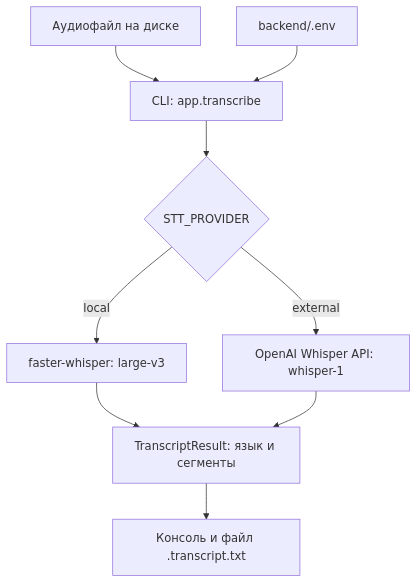
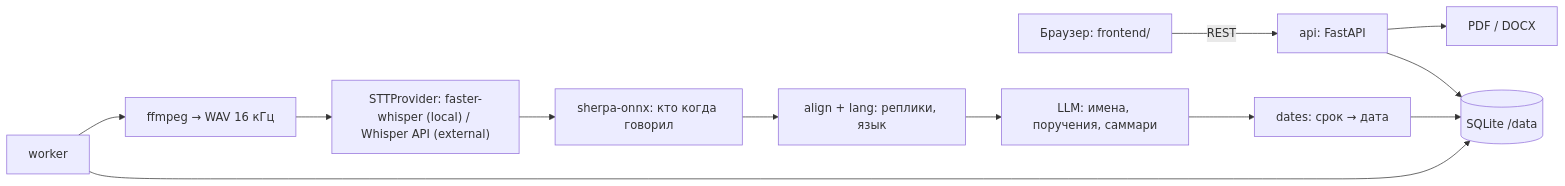
The diagram in README.md (BAITC-Hacks/hack-c449499f-socbrain), drawn with Mermaid before and after one commit. The commit also changed other lines of this file, not shown here.

````diff
--- a/README.md
+++ b/README.md
@@ -140,11 +57,14 @@
 ```mermaid
-flowchart TD
-    A["Аудиофайл на диске"] --> B["CLI: app.transcribe"]
-    C["backend/.env"] --> B
-    B --> D{"STT_PROVIDER"}
-    D -->|local| E["faster-whisper: large-v3"]
-    D -->|external| F["OpenAI Whisper API: whisper-1"]
-    E --> G["TranscriptResult: язык и сегменты"]
-    F --> G
-    G --> H["Консоль и файл .transcript.txt"]
+flowchart LR
+    U["Браузер: frontend/"] -->|REST| API["api: FastAPI"]
+    API --> DB[("SQLite /data")]
+    W["worker"] --> DB
+    W --> FF["ffmpeg → WAV 16 кГц"]
+    FF --> STT["STTProvider: faster-whisper (local) / Whisper API (external)"]
+    STT --> DIA["sherpa-onnx: кто когда говорил"]
+    DIA --> AL["align + lang: реплики, язык"]
+    AL --> LLM["LLM: имена, поручения, саммари"]
+    LLM --> DT["dates: срок → дата"]
+    DT --> DB
+    API --> EXP["PDF / DOCX"]
 ```
````
